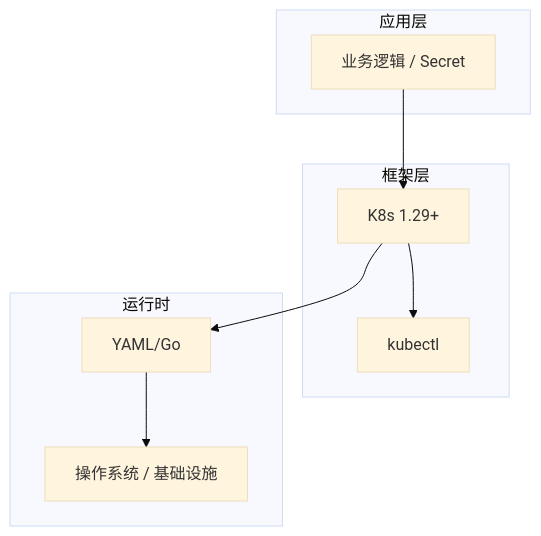
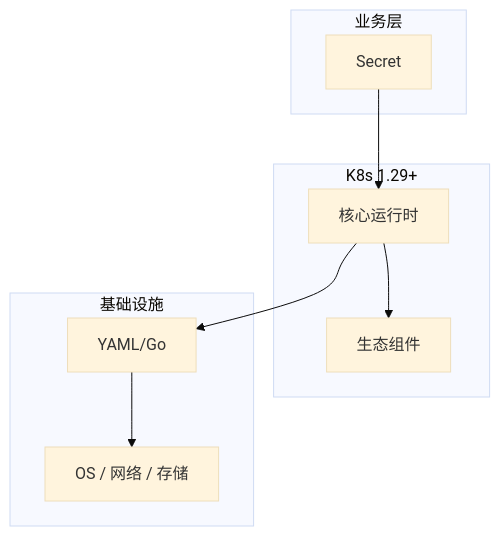
One commit to yanggan2015/knowledge-json-v2 changed the diagram in articles/Kubernetes/chapters/057-Secret核心概念与原理.md. Above: the diagram before and after it, drawn with Mermaid (base theme). The commit also changed other lines of this file and 10127 other files, not shown here.

````diff
--- a/articles/Kubernetes/chapters/057-Secret核心概念与原理.md
+++ b/articles/Kubernetes/chapters/057-Secret核心概念与原理.md
@@ -45,18 +34,18 @@
 ```mermaid
 graph TB
-    subgraph 应用层
-        A[业务逻辑 / Secret]
+    subgraph 业务层
+        A[Secret]
     end
-    subgraph 框架层
-        B[K8s 1.29+]
-        C[kubectl]
+    subgraph K8s 1.29+
+        B[核心运行时]
+        C[生态组件]
     end
-    subgraph 运行时
+    subgraph 基础设施
         D[YAML/Go]
-        E[操作系统 / 基础设施]
+        E[OS / 网络 / 存储]
     end
     A --> B
     B --> C
     B --> D
     D --> E
 ```
````
